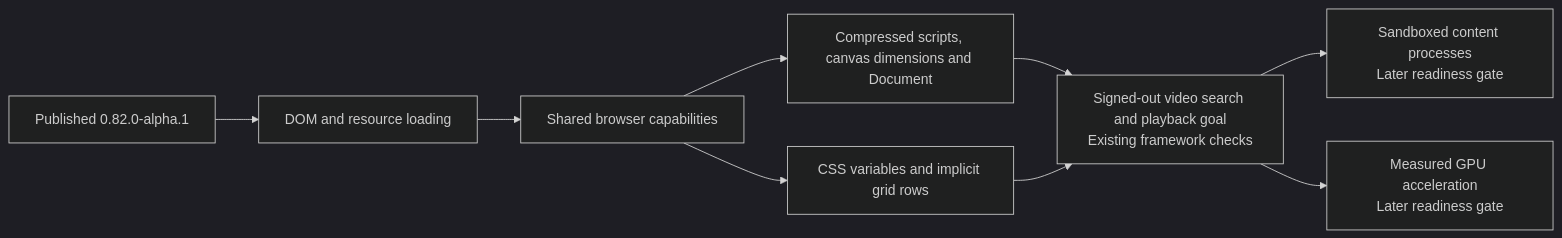
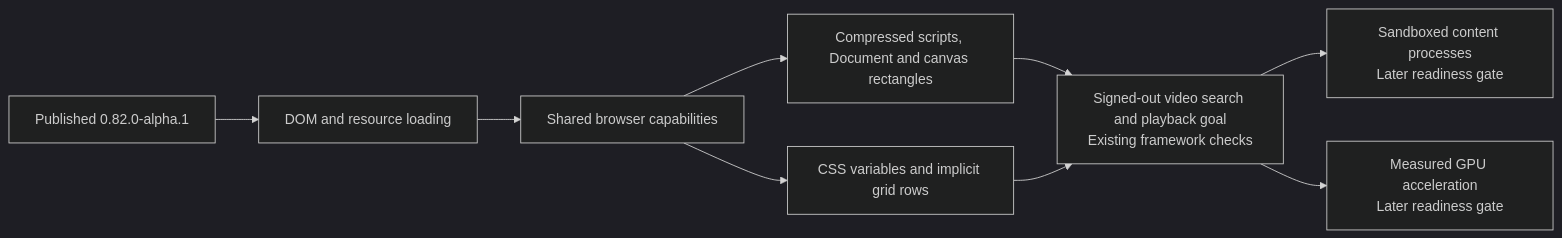
The diagram in docs/ROADMAP.md (c-a-t-f-o-o-d/chezcat-browser), drawn with Mermaid (dark theme) before and after one commit. The commit also changed other lines of this file and 2 other files, not shown here.

Commit message:
Record measured canvas rectangle and solid color workflows

````diff
--- a/docs/ROADMAP.md
+++ b/docs/ROADMAP.md
@@ -31,11 +31,11 @@
 ```mermaid
 flowchart LR
     BASE["Published 0.82.0-alpha.1"] --> DOM["DOM and resource loading"]
     DOM --> URL["Shared browser capabilities"]
-    URL --> INPUT["Compressed scripts, canvas dimensions and Document"]
+    URL --> INPUT["Compressed scripts, Document and canvas rectangles"]
     URL --> CSS["CSS variables and implicit grid rows"]
     INPUT --> APPS["Signed-out video search and playback goal<br/>Existing framework checks"]
     CSS --> APPS
     APPS --> ISO["Sandboxed content processes<br/>Later readiness gate"]
     APPS --> GPU["Measured GPU acceleration<br/>Later readiness gate"]
 ```
````
